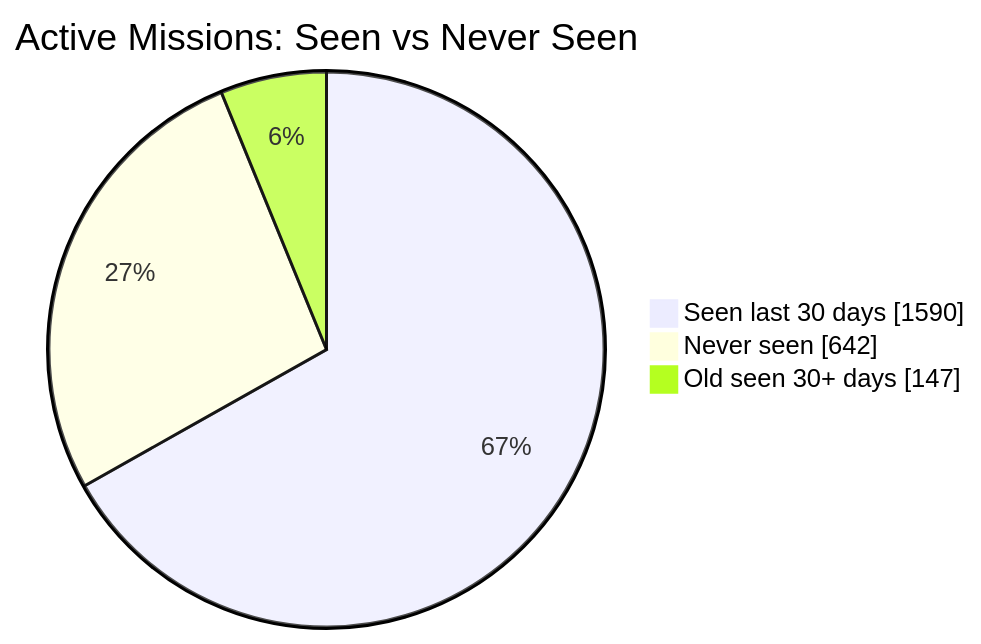
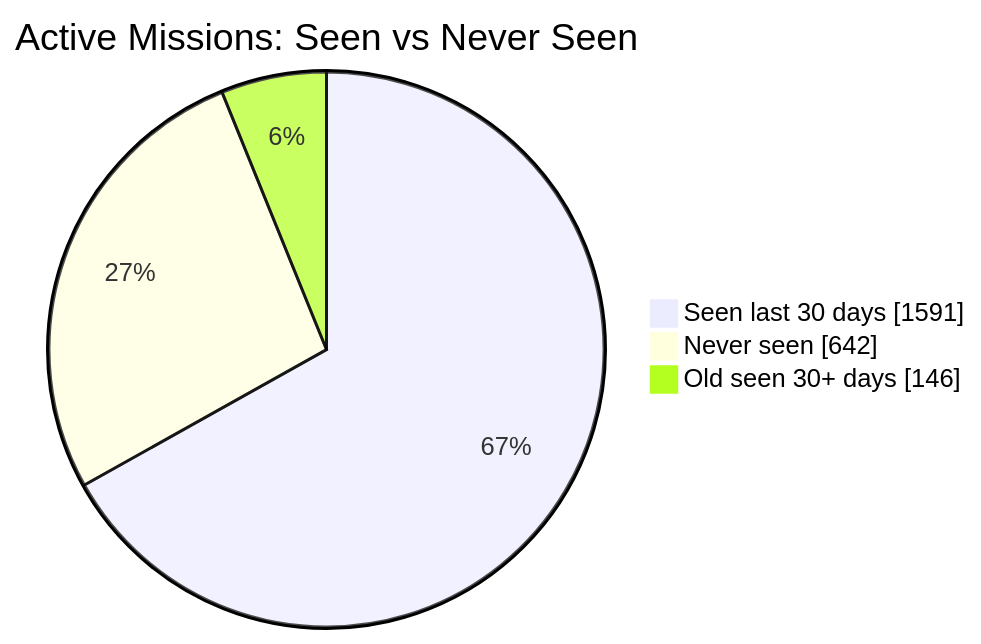
One commit to MeldkamerspelGameTeam/active-missions changed the first of 2 diagrams in README.md. Above: the diagram before and after it, drawn with Mermaid. The commit also changed other lines of this file and 4 other files, not shown here.

````diff
--- a/README.md
+++ b/README.md
@@ -34,7 +34,7 @@
 ```mermaid
 pie showData
     title Active Missions: Seen vs Never Seen
-    "Seen last 30 days" : 1590
+    "Seen last 30 days" : 1591
     "Never seen" : 642
-    "Old seen 30+ days" : 147
+    "Old seen 30+ days" : 146
 ```
````
